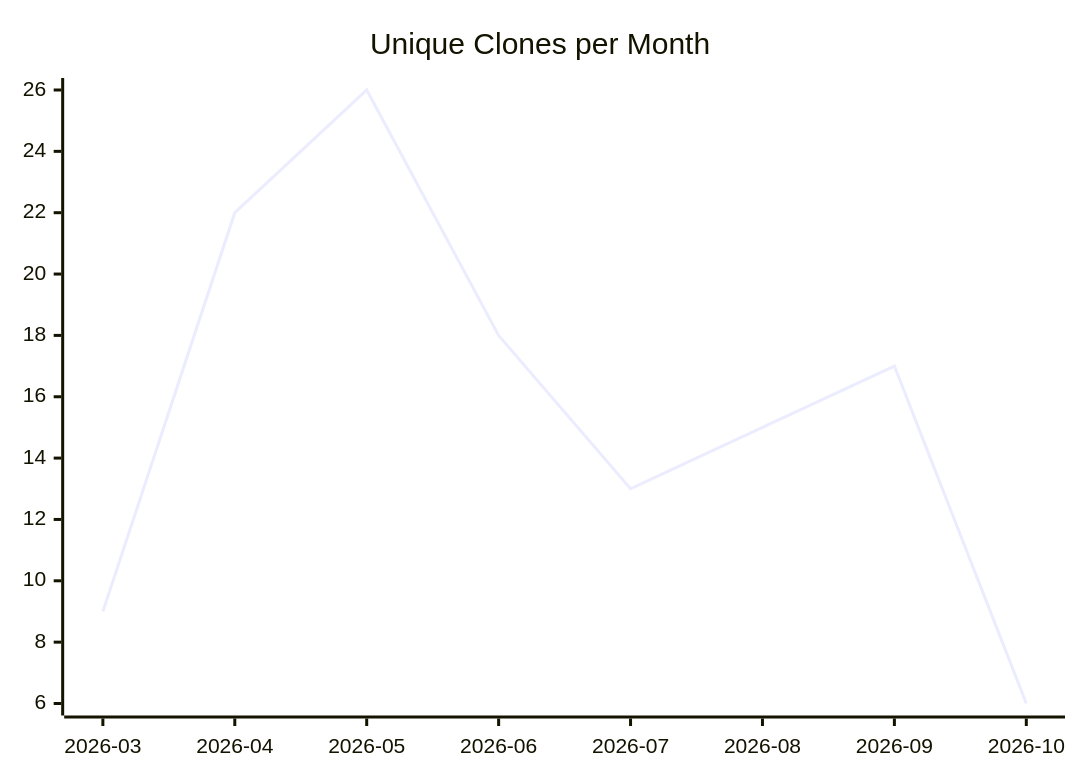
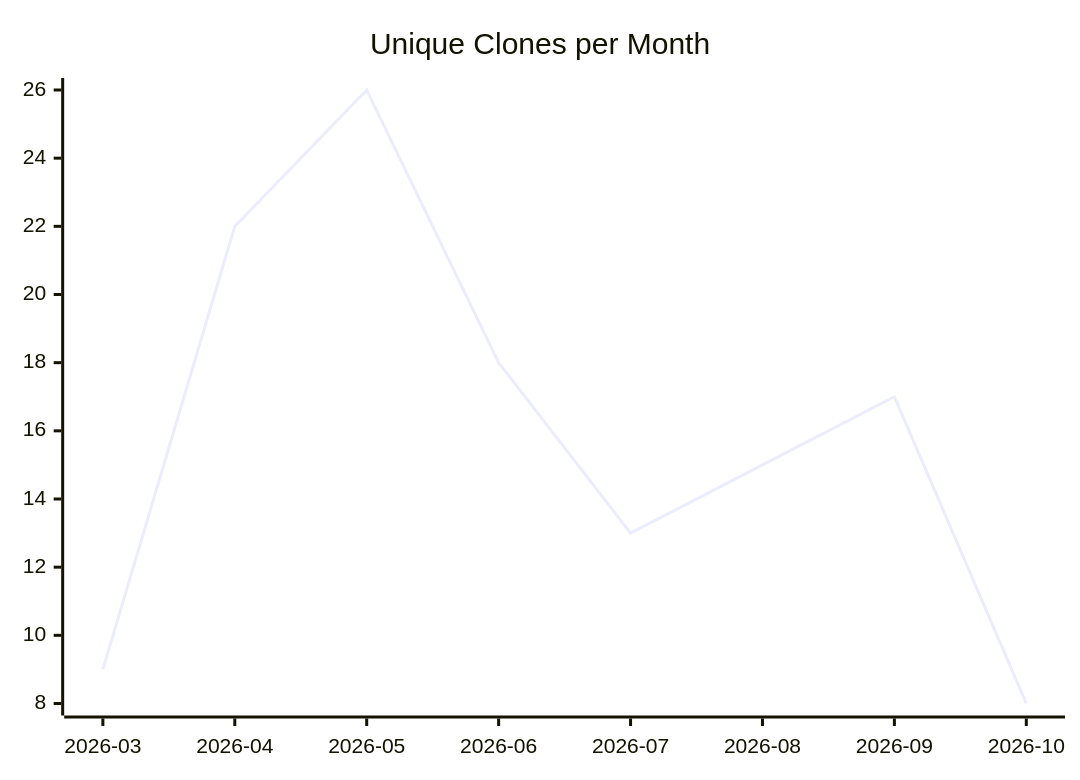
Before and after one commit to justdavis-family/github-analytics-data: the third of 3 diagrams in karlmdavis/lego-ev3dev-rs/README.md, drawn with Mermaid. The commit also changed other lines of this file and 198 other files, not shown here.

````diff
--- a/karlmdavis/lego-ev3dev-rs/README.md
+++ b/karlmdavis/lego-ev3dev-rs/README.md
@@ -19,6 +19,6 @@
 ```mermaid
 xychart-beta
   title "Unique Clones per Month"
   x-axis ["2026-03", "2026-04", "2026-05", "2026-06", "2026-07", "2026-08", "2026-09", "2026-10"]
-  line [9, 22, 26, 18, 13, 15, 17, 6]
+  line [9, 22, 26, 18, 13, 15, 17, 8]
 ```
````
